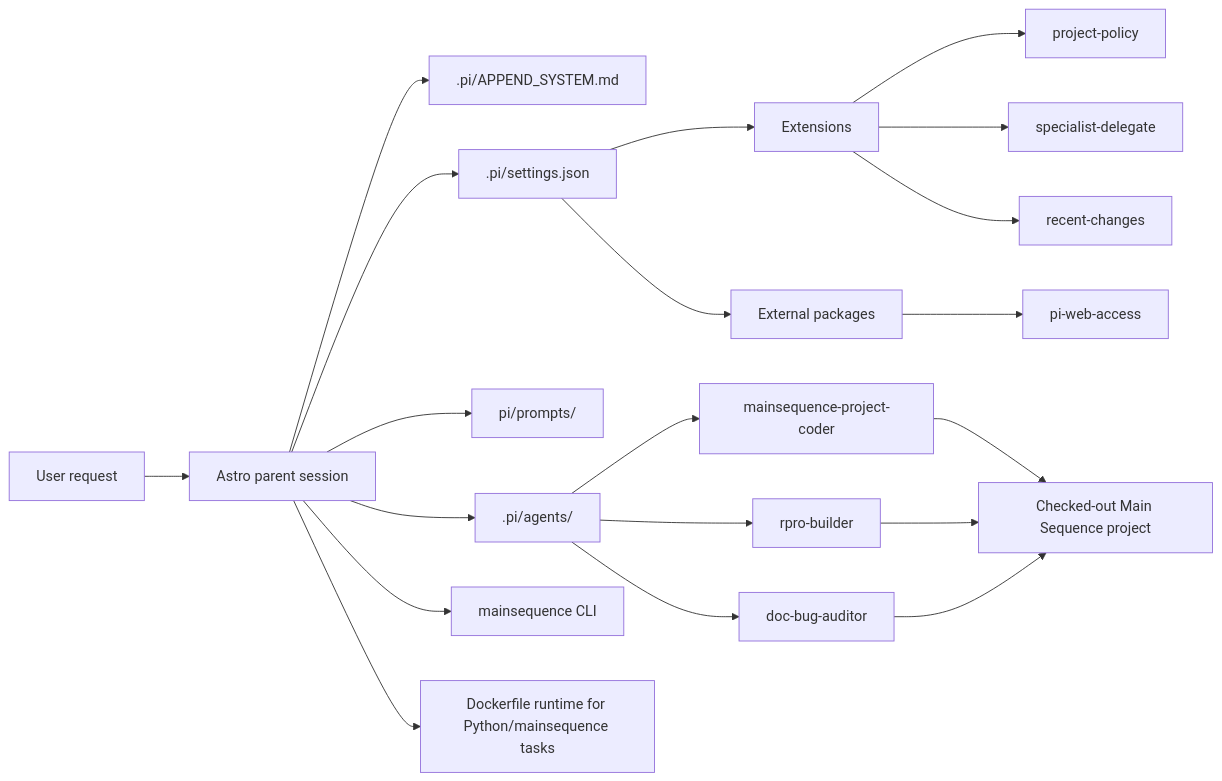
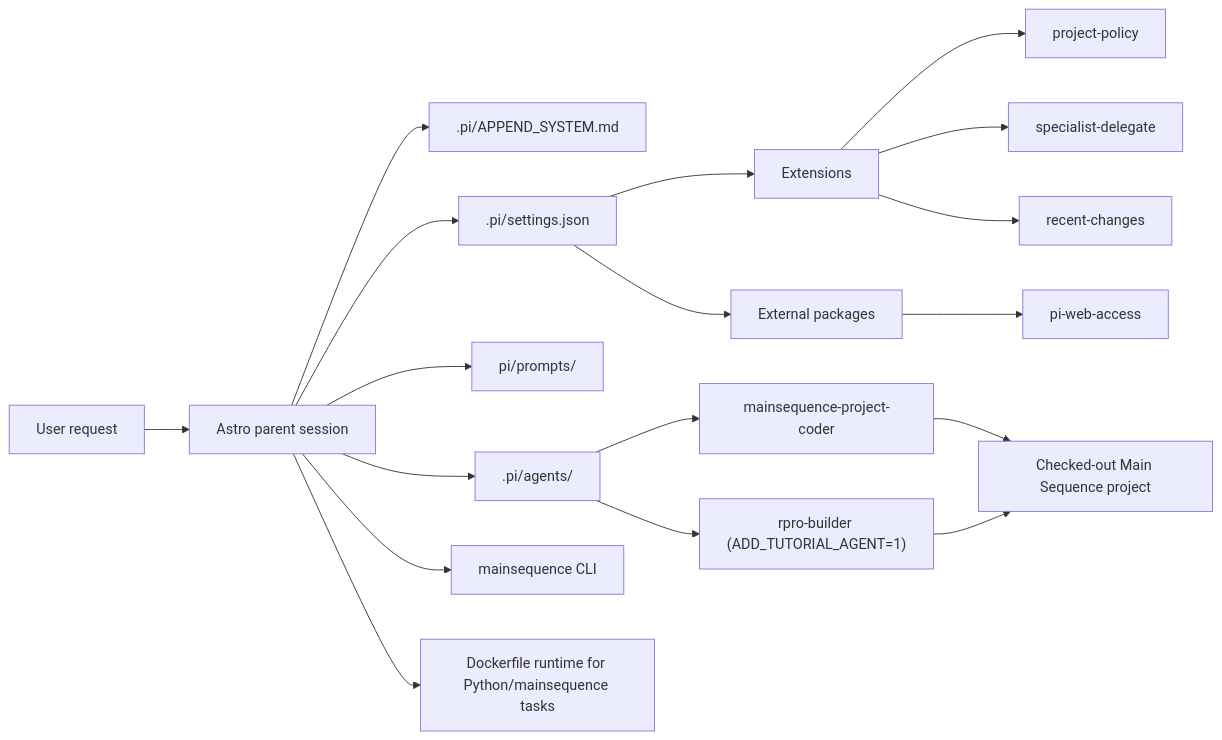
The diagram in docs/README.md (mainsequence-sdk/ms-tau-sdk), drawn with Mermaid before and after one commit. The commit also changed 32 other files, not shown here.

````diff
--- a/docs/README.md
+++ b/docs/README.md
@@ -34,27 +34,24 @@
 ```mermaid
 flowchart LR
     U["User request"] --> P["Astro parent session"]
     P --> SYS[".pi/APPEND_SYSTEM.md"]
     P --> SET[".pi/settings.json"]
     SET --> EXT["Extensions"]
     SET --> PKG["External packages"]
 
     EXT --> PP["project-policy"]
     EXT --> SD["specialist-delegate"]
     EXT --> RC["recent-changes"]
 
     P --> PROMPTS["pi/prompts/"]
     P --> AGENTS[".pi/agents/"]
     P --> CLI["mainsequence CLI"]
 
-    AGENTS --> CODER["mainsequence-project-coder"]
-    AGENTS --> BUILDER["rpro-builder"]
-    AGENTS --> AUDITOR["doc-bug-auditor"]
-
+AGENTS --> CODER["mainsequence-project-coder"]
+AGENTS --> BUILDER["rpro-builder (ADD_TUTORIAL_AGENT=1)"]
     CODER --> TARGET["Checked-out Main Sequence project"]
     BUILDER --> TARGET
-    AUDITOR --> TARGET
 
     PKG --> WEB["pi-web-access"]
     P --> DOCKER["Dockerfile runtime for Python/mainsequence tasks"]
 ```
````
